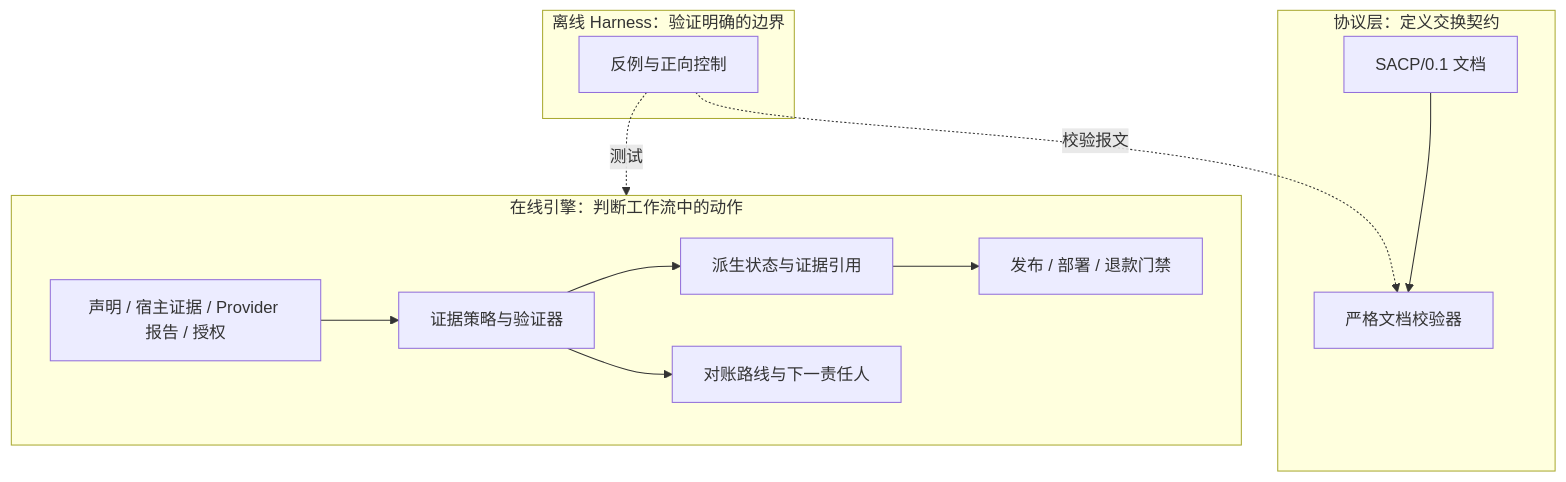
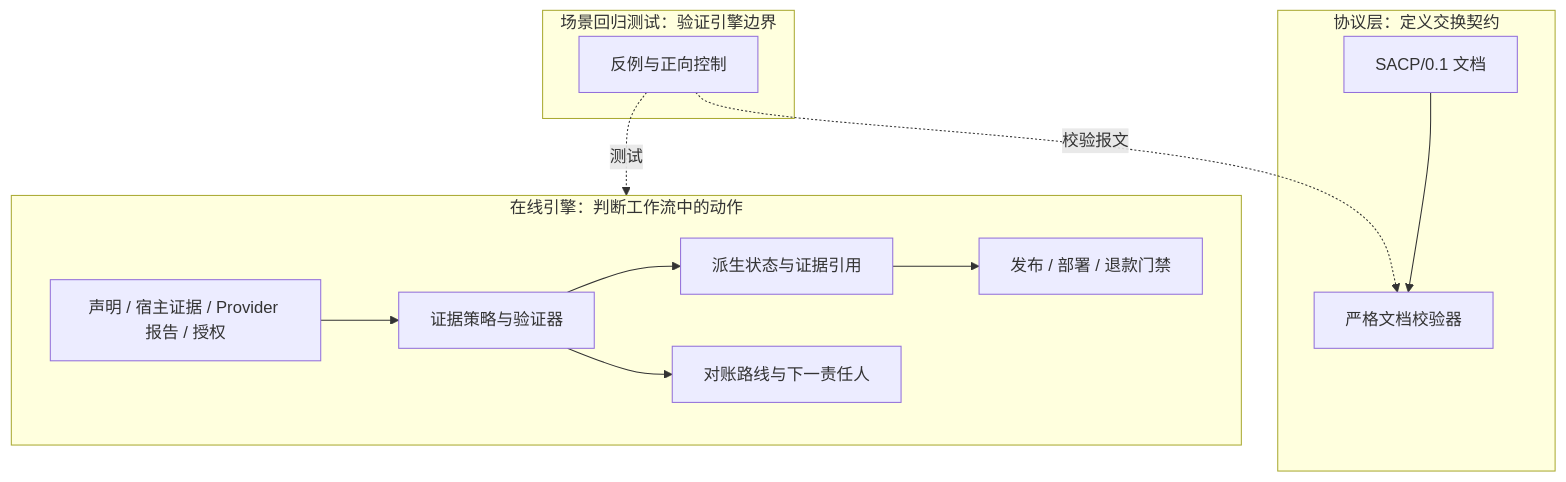
Before and after one commit to aDragon0707/sacp: the diagram in README.zh-CN.md, drawn with Mermaid. The commit also changed other lines of this file and 8 other files, not shown here.

````diff
--- a/README.zh-CN.md
+++ b/README.zh-CN.md
@@ -81,17 +83,17 @@
 ```mermaid
 flowchart TB
     subgraph Protocol[协议层：定义交换契约]
         Spec[SACP/0.1 文档] --> Validator[严格文档校验器]
     end
     subgraph Online[在线引擎：判断工作流中的动作]
         Inputs[声明 / 宿主证据 / Provider 报告 / 授权] --> Verify[证据策略与验证器]
         Verify --> Verdict[派生状态与证据引用]
         Verdict --> Gate[发布 / 部署 / 退款门禁]
         Verify --> Recovery[对账路线与下一责任人]
     end
-    subgraph Offline[离线 Harness：验证明确的边界]
+    subgraph Offline[场景回归测试：验证引擎边界]
         Cases[反例与正向控制]
     end
     Cases -. 测试 .-> Online
     Cases -. 校验报文 .-> Validator
 ```
````
